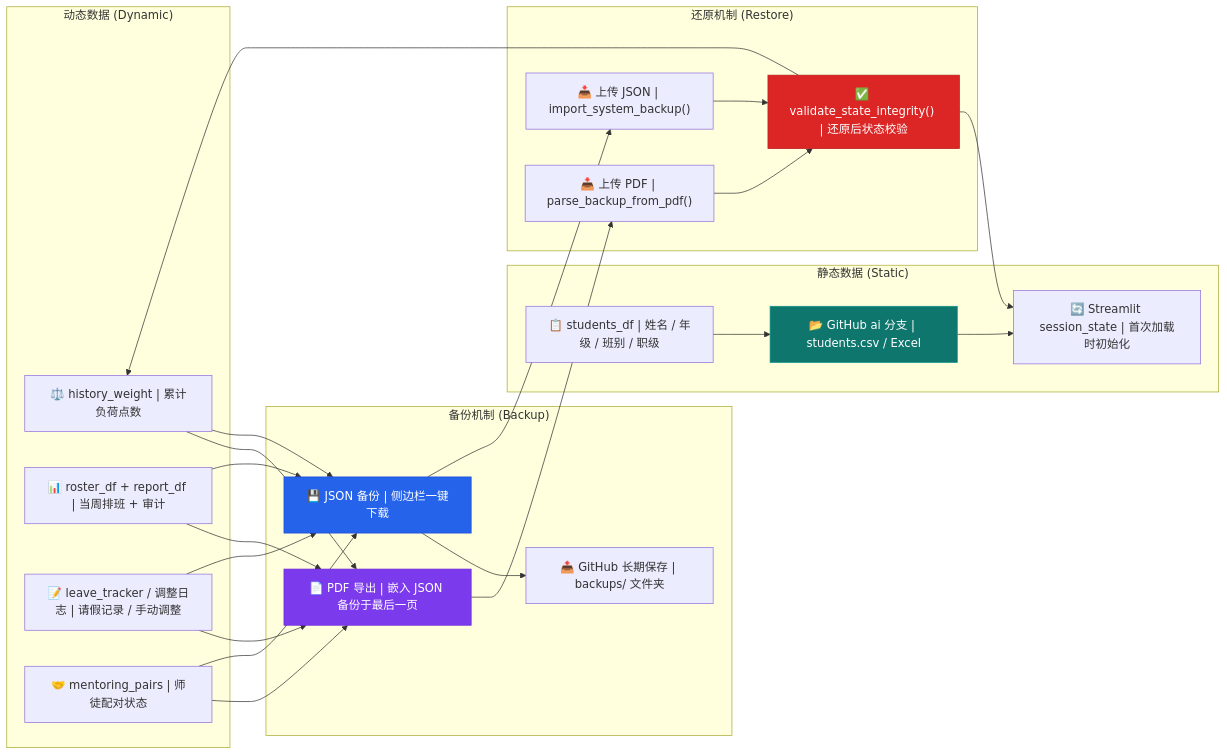
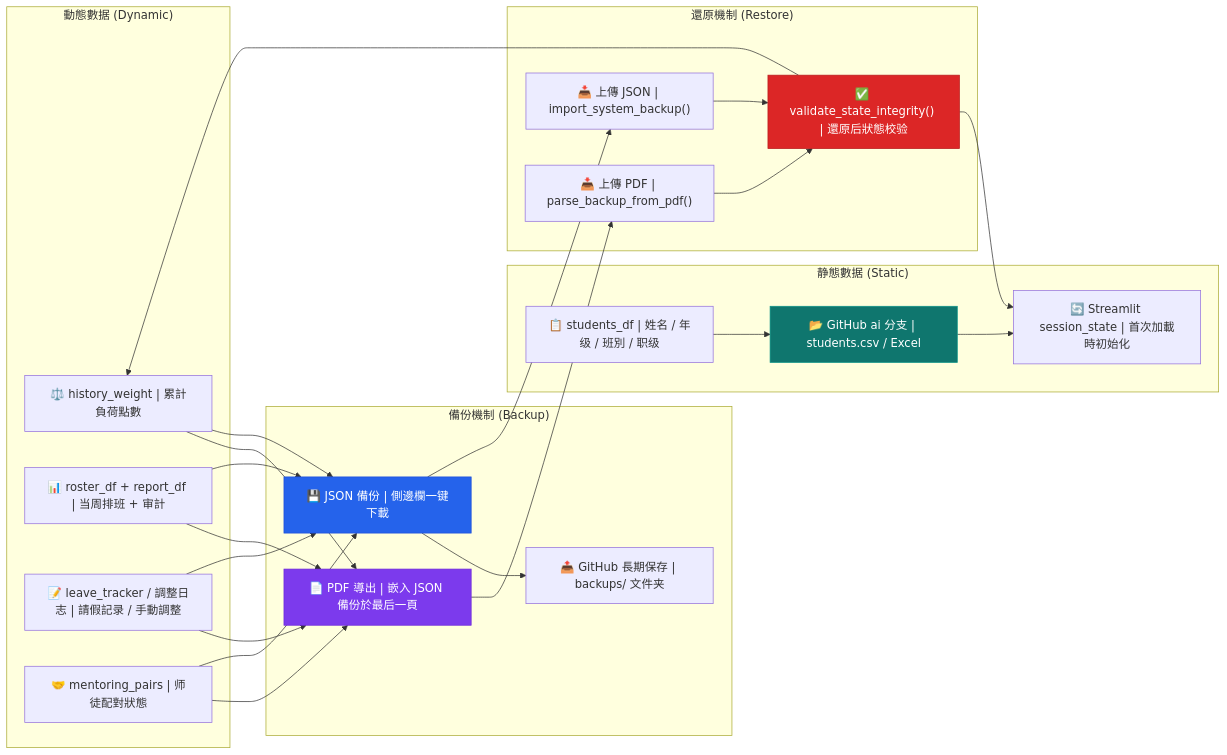
The fourth of 4 diagrams in README.md (JackyLi10777/Study-Prefect-Duty-Roster-System), drawn with Mermaid before and after one commit. The commit also changed other lines of this file and 9 other files, not shown here.

````diff
--- a/README.md
+++ b/README.md
@@ -314,50 +314,50 @@
 ```mermaid
 flowchart LR
-    subgraph "静态数据 (Static)"
-        S1["📋 students_df | 姓名 / 年级 / 班别 / 职级"]
+    subgraph "静態數据 (Static)"
+        S1["📋 students_df | 姓名 / 年级 / 班別 / 职级"]
         S2["📂 GitHub ai 分支 | students.csv / Excel"]
-        S3["🔄 Streamlit session_state | 首次加载时初始化"]
+        S3["🔄 Streamlit session_state | 首次加載時初始化"]
     end
 
-    subgraph "动态数据 (Dynamic)"
-        D1["⚖️ history_weight | 累计负荷点数"]
-        D2["📊 roster_df + report_df | 当周排班 + 审计"]
-        D3["📝 leave_tracker / 调整日志 | 请假记录 / 手动调整"]
-        D4["🤝 mentoring_pairs | 师徒配对状态"]
+    subgraph "動態數据 (Dynamic)"
+        D1["⚖️ history_weight | 累計負荷點數"]
+        D2["📊 roster_df + report_df | 当周排班 + 审計"]
+        D3["📝 leave_tracker / 調整日志 | 請假記录 / 手動調整"]
+        D4["🤝 mentoring_pairs | 师徒配對狀態"]
     end
 
-    subgraph "备份机制 (Backup)"
-        B1["📄 PDF 导出 | 嵌入 JSON 备份于最后一页"]
-        B2["💾 JSON 备份 | 侧边栏一键下载"]
-        B3["📤 GitHub 长期保存 | backups/ 文件夹"]
+    subgraph "備份機制 (Backup)"
+        B1["📄 PDF 導出 | 嵌入 JSON 備份於最后一頁"]
+        B2["💾 JSON 備份 | 側邊欄一键下載"]
+        B3["📤 GitHub 長期保存 | backups/ 文件夹"]
     end
 
-    subgraph "还原机制 (Restore)"
-        R1["📥 上传 PDF | parse_backup_from_pdf()"]
-        R2["📥 上传 JSON | import_system_backup()"]
-        R3["✅ validate_state_integrity() | 还原后状态校验"]
+    subgraph "還原機制 (Restore)"
+        R1["📥 上傳 PDF | parse_backup_from_pdf()"]
+        R2["📥 上傳 JSON | import_system_backup()"]
+        R3["✅ validate_state_integrity() | 還原后狀態校验"]
     end
 
     S1 --> S2
     S2 --> S3
     D1 --> B1
     D1 --> B2
     D2 --> B1
     D2 --> B2
     D3 --> B1
     D3 --> B2
     D4 --> B1
     D4 --> B2
     B2 --> B3
     B1 --> R1
     B2 --> R2
     R1 --> R3
     R2 --> R3
     R3 --> S3
     R3 --> D1
 
     style S2 fill:#0F766E,stroke:#0D9488,color:#fff
     style B1 fill:#7C3AED,stroke:#6D28D9,color:#fff
     style B2 fill:#2563EB,stroke:#1D4ED8,color:#fff
     style R3 fill:#DC2626,stroke:#B91C1C,color:#fff
 ```
````
